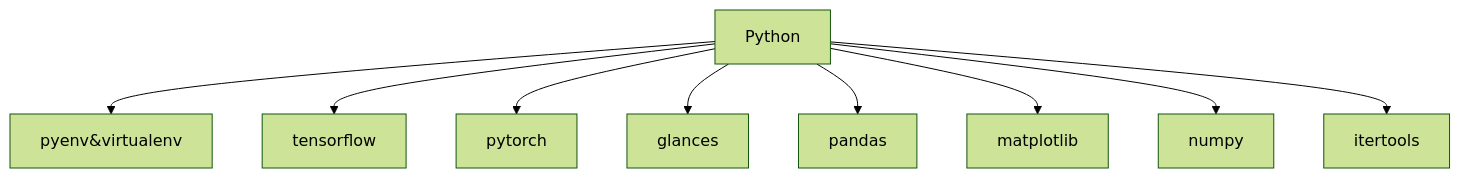
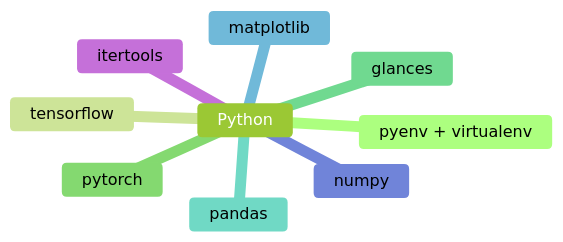
One commit to wow-yes/blog changed the second of 3 diagrams in _soft/readme.md. Above: the diagram before and after it, drawn with Mermaid (forest theme). The commit also changed other lines of this file, not shown here.

````diff
--- a/_soft/readme.md
+++ b/_soft/readme.md
@@ -29,11 +31,12 @@
 ```mermaid
-graph TD
-    Python --> pyenv&virtualenv
-    Python --> tensorflow
-    Python --> pytorch
-    Python --> glances
-    Python --> pandas
-    Python --> matplotlib
-    Python --> numpy
-    Python --> itertools
+mindmap
+    Python
+        pyenv + virtualenv
+        tensorflow
+        pytorch
+        glances
+        pandas
+        matplotlib
+        numpy
+        itertools
 ```
````
